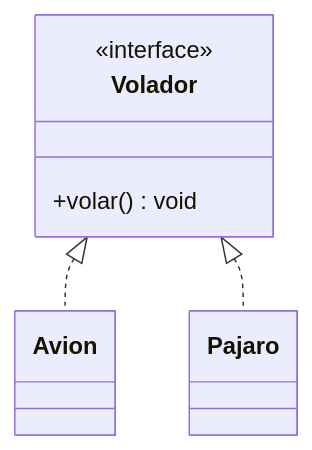
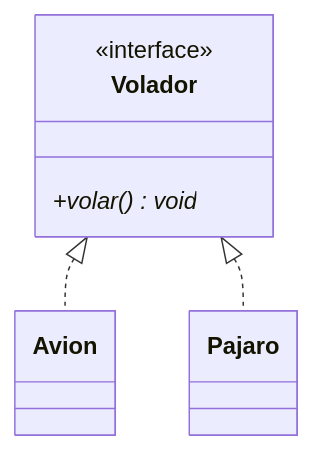
Before and after one commit to danielmartinan/entornos_desarrollo_2024-25: diagram 20 of 29 in UD4 - Introducción a POO, diagramas UML y diagramas de clases/ud04_2_notacion_uml_diagramas_clases.md, drawn with Mermaid.

````diff
--- a/UD4 - Introducción a POO, diagramas UML y diagramas de clases/ud04_2_notacion_uml_diagramas_clases.md
+++ b/UD4 - Introducción a POO, diagramas UML y diagramas de clases/ud04_2_notacion_uml_diagramas_clases.md
@@ -598,16 +598,16 @@
 ```mermaid
 classDiagram
     class Volador {
         <<interface>>
-        +volar() void
+        +volar() void*
     }
 
     class Avion {
     }
 
     class Pajaro {
     }
 
     Volador <|.. Avion
     Volador <|.. Pajaro
 ```
````
